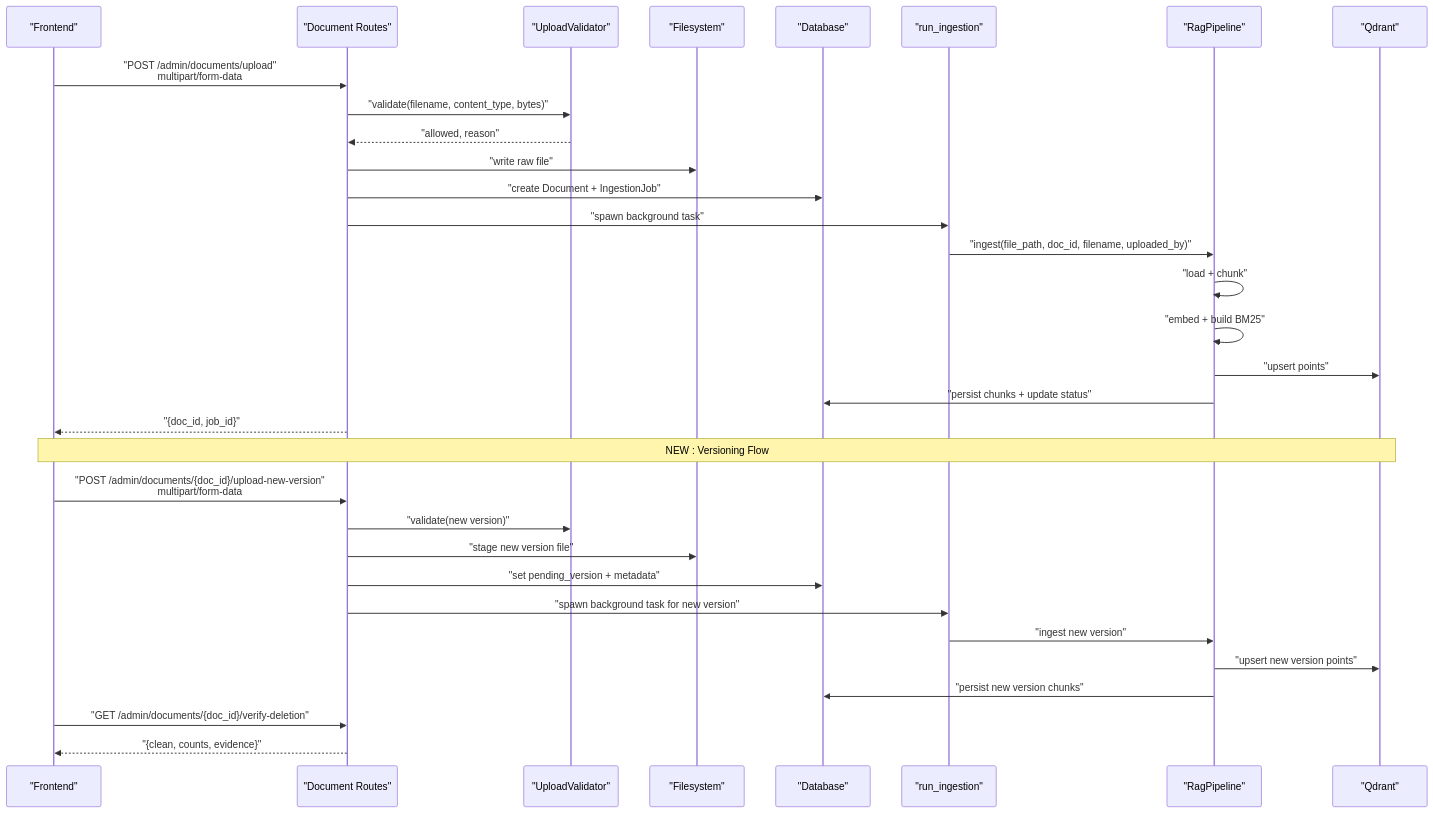
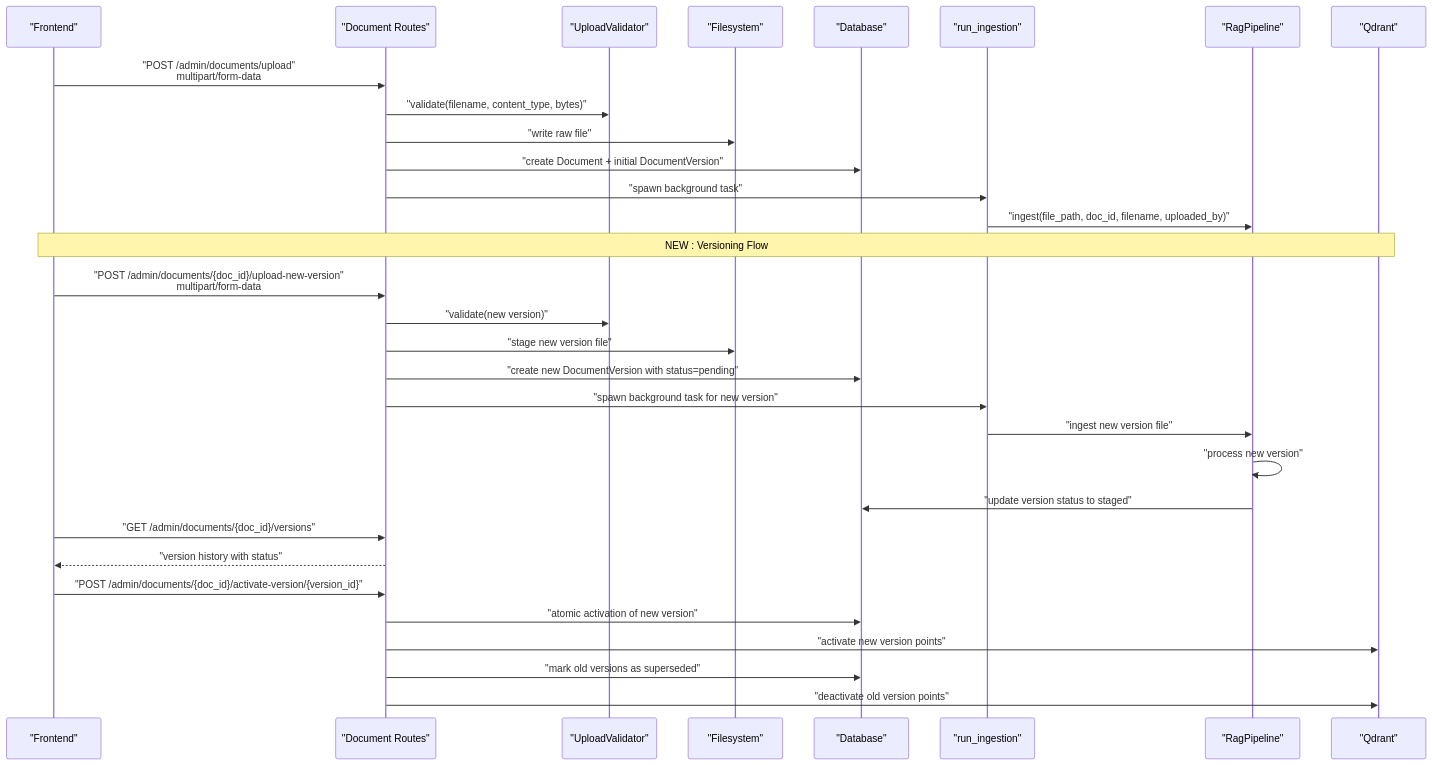
Before and after one commit to genes8/private-ai: the second of 5 diagrams in .qoder/repowiki/en/content/API Reference/Administrative API/Document Management API.md, drawn with Mermaid. The commit also changed other lines of this file and 7 other files, not shown here.

````diff
--- a/.qoder/repowiki/en/content/API Reference/Administrative API/Document Management API.md
+++ b/.qoder/repowiki/en/content/API Reference/Administrative API/Document Management API.md
@@ -157,34 +150,33 @@
 ```mermaid
 sequenceDiagram
 participant FE as "Frontend"
 participant API as "Document Routes"
 participant VAL as "UploadValidator"
 participant FS as "Filesystem"
 participant DB as "Database"
 participant BG as "run_ingestion"
 participant PIPE as "RagPipeline"
 participant QD as "Qdrant"
 FE->>API : "POST /admin/documents/upload"<br/>multipart/form-data
 API->>VAL : "validate(filename, content_type, bytes)"
-VAL-->>API : "allowed, reason"
 API->>FS : "write raw file"
-API->>DB : "create Document + IngestionJob"
+API->>DB : "create Document + initial DocumentVersion"
 API->>BG : "spawn background task"
 BG->>PIPE : "ingest(file_path, doc_id, filename, uploaded_by)"
-PIPE->>PIPE : "load + chunk"
-PIPE->>PIPE : "embed + build BM25"
-PIPE->>QD : "upsert points"
-PIPE->>DB : "persist chunks + update status"
-API-->>FE : "{doc_id, job_id}"
 Note over FE,QD : NEW : Versioning Flow
 FE->>API : "POST /admin/documents/{doc_id}/upload-new-version"<br/>multipart/form-data
 API->>VAL : "validate(new version)"
 API->>FS : "stage new version file"
-API->>DB : "set pending_version + metadata"
+API->>DB : "create new DocumentVersion with status=pending"
 API->>BG : "spawn background task for new version"
-BG->>PIPE : "ingest new version"
-PIPE->>QD : "upsert new version points"
-PIPE->>DB : "persist new version chunks"
-FE->>API : "GET /admin/documents/{doc_id}/verify-deletion"
-API-->>FE : "{clean, counts, evidence}"
+BG->>PIPE : "ingest new version file"
+PIPE->>PIPE : "process new version"
+PIPE->>DB : "update version status to staged"
+FE->>API : "GET /admin/documents/{doc_id}/versions"
+API-->>FE : "version history with status"
+FE->>API : "POST /admin/documents/{doc_id}/activate-version/{version_id}"
+API->>DB : "atomic activation of new version"
+API->>QD : "activate new version points"
+API->>DB : "mark old versions as superseded"
+API->>QD : "deactivate old version points"
 ```
````
